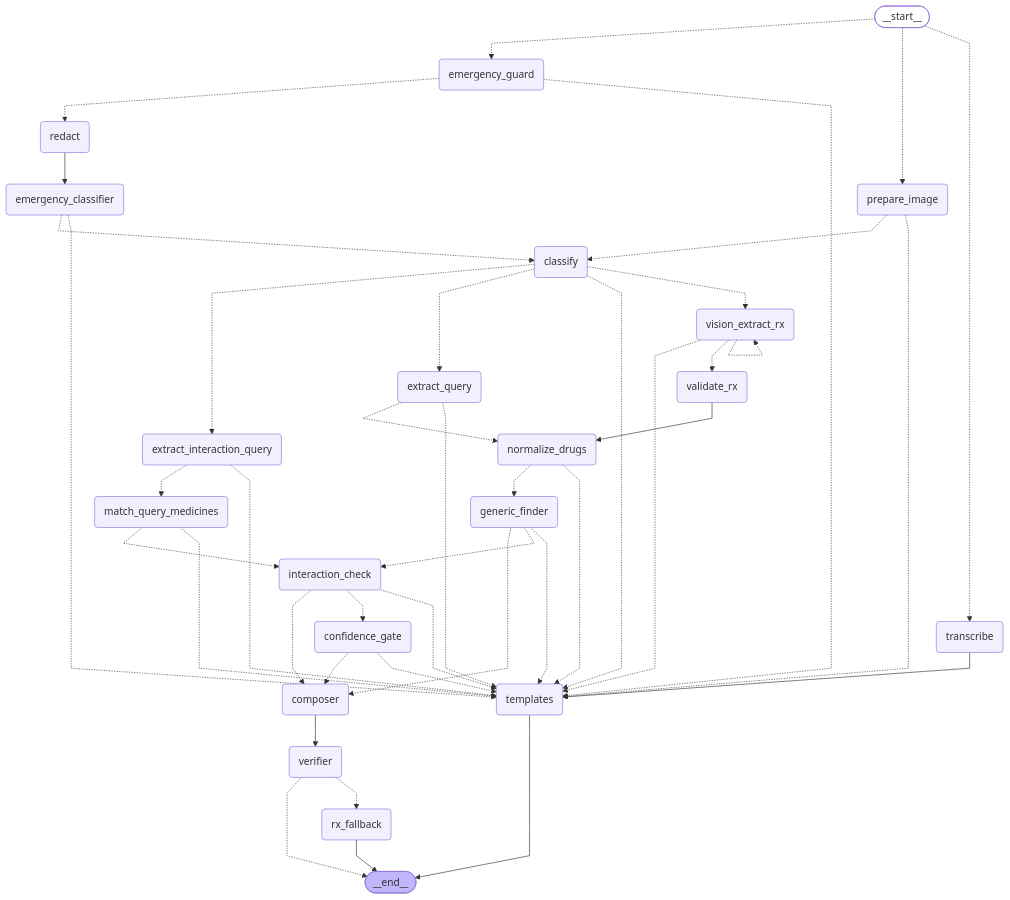
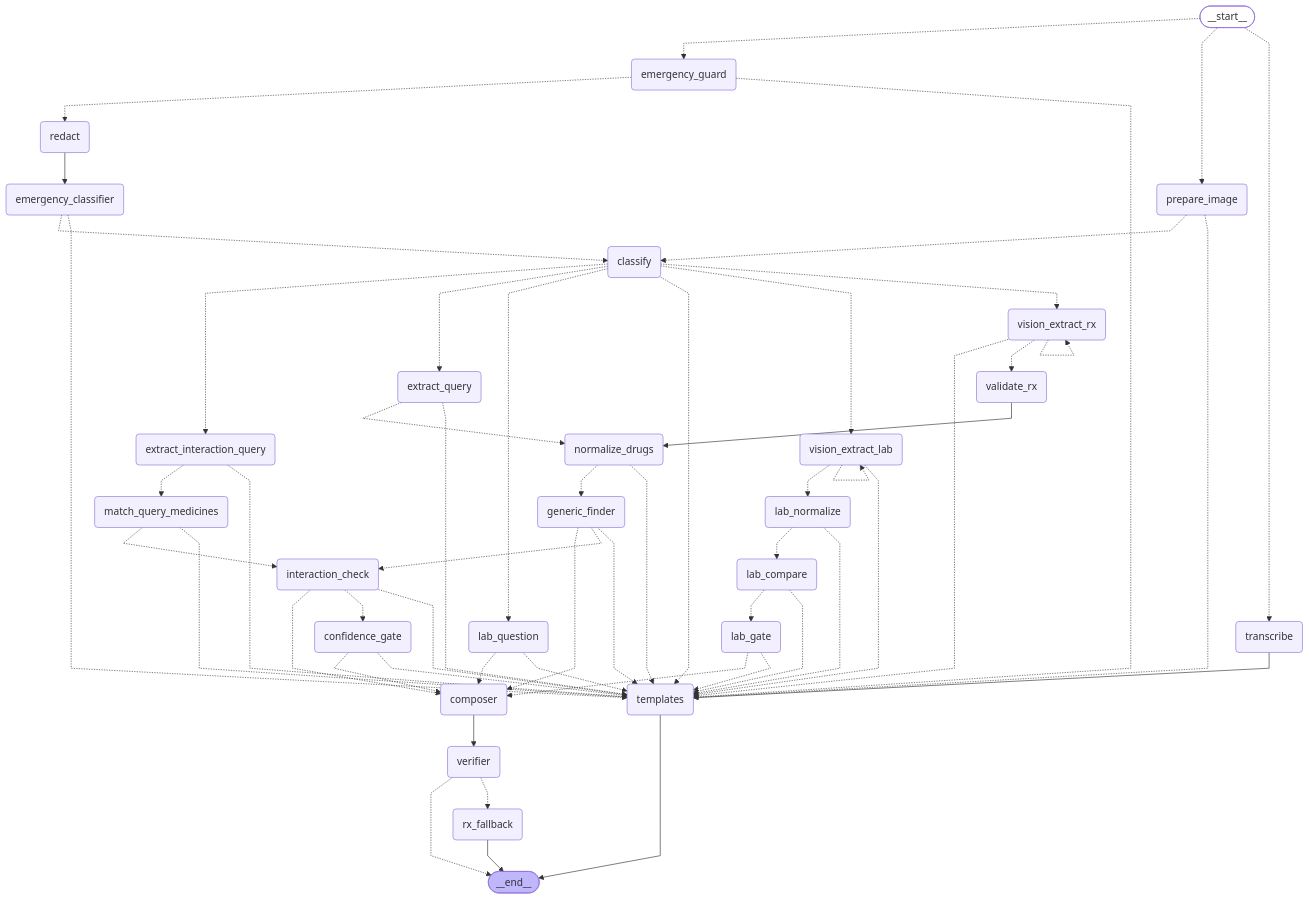
The diagram in docs/architecture/graph.mmd (sachin-11/dawai-saathi), drawn with Mermaid before and after one commit. The commit also changed 130 other files, not shown here.

First line of the commit message:
feat(graph): explain lab reports with range checks, critical values and trends (M12)

```diff
--- a/docs/architecture/graph.mmd
+++ b/docs/architecture/graph.mmd
@@ -1,70 +1,88 @@
 ---
 config:
   flowchart:
     curve: linear
 ---
 graph TD;
 	__start__([<p>__start__</p>]):::first
 	emergency_guard(emergency_guard)
 	redact(redact)
 	emergency_classifier(emergency_classifier)
 	transcribe(transcribe)
 	prepare_image(prepare_image)
 	classify(classify)
 	vision_extract_rx(vision_extract_rx)
 	validate_rx(validate_rx)
 	normalize_drugs(normalize_drugs)
 	generic_finder(generic_finder)
 	confidence_gate(confidence_gate)
 	extract_query(extract_query)
 	extract_interaction_query(extract_interaction_query)
 	match_query_medicines(match_query_medicines)
 	interaction_check(interaction_check)
 	composer(composer)
 	verifier(verifier)
 	templates(templates)
 	rx_fallback(rx_fallback)
+	vision_extract_lab(vision_extract_lab)
+	lab_normalize(lab_normalize)
+	lab_compare(lab_compare)
+	lab_gate(lab_gate)
+	lab_question(lab_question)
 	__end__([<p>__end__</p>]):::last
 	__start__ -.-> emergency_guard;
 	__start__ -.-> prepare_image;
 	__start__ -.-> transcribe;
 	classify -.-> extract_interaction_query;
 	classify -.-> extract_query;
+	classify -.-> lab_question;
 	classify -.-> templates;
+	classify -.-> vision_extract_lab;
 	classify -.-> vision_extract_rx;
 	composer --> verifier;
 	confidence_gate -.-> composer;
 	confidence_gate -.-> templates;
 	emergency_classifier -.-> classify;
 	emergency_classifier -.-> templates;
 	emergency_guard -.-> redact;
 	emergency_guard -.-> templates;
 	extract_interaction_query -.-> match_query_medicines;
 	extract_interaction_query -.-> templates;
 	extract_query -.-> normalize_drugs;
 	extract_query -.-> templates;
 	generic_finder -.-> composer;
 	generic_finder -.-> interaction_check;
 	generic_finder -.-> templates;
 	interaction_check -.-> composer;
 	interaction_check -.-> confidence_gate;
 	interaction_check -.-> templates;
+	lab_compare -.-> lab_gate;
+	lab_compare -.-> templates;
+	lab_gate -.-> composer;
+	lab_gate -.-> templates;
+	lab_normalize -.-> lab_compare;
+	lab_normalize -.-> templates;
+	lab_question -.-> composer;
+	lab_question -.-> templates;
 	match_query_medicines -.-> interaction_check;
 	match_query_medicines -.-> templates;
 	normalize_drugs -.-> generic_finder;
 	normalize_drugs -.-> templates;
 	prepare_image -.-> classify;
 	prepare_image -.-> templates;
 	redact --> emergency_classifier;
 	transcribe --> templates;
 	validate_rx --> normalize_drugs;
 	verifier -.-> __end__;
 	verifier -.-> rx_fallback;
+	vision_extract_lab -.-> lab_normalize;
+	vision_extract_lab -.-> templates;
 	vision_extract_rx -.-> templates;
 	vision_extract_rx -.-> validate_rx;
 	rx_fallback --> __end__;
 	templates --> __end__;
+	vision_extract_lab -.-> vision_extract_lab;
 	vision_extract_rx -.-> vision_extract_rx;
 	classDef default fill:#f2f0ff,line-height:1.2
 	classDef first fill-opacity:0
 	classDef last fill:#bfb6fc
```
